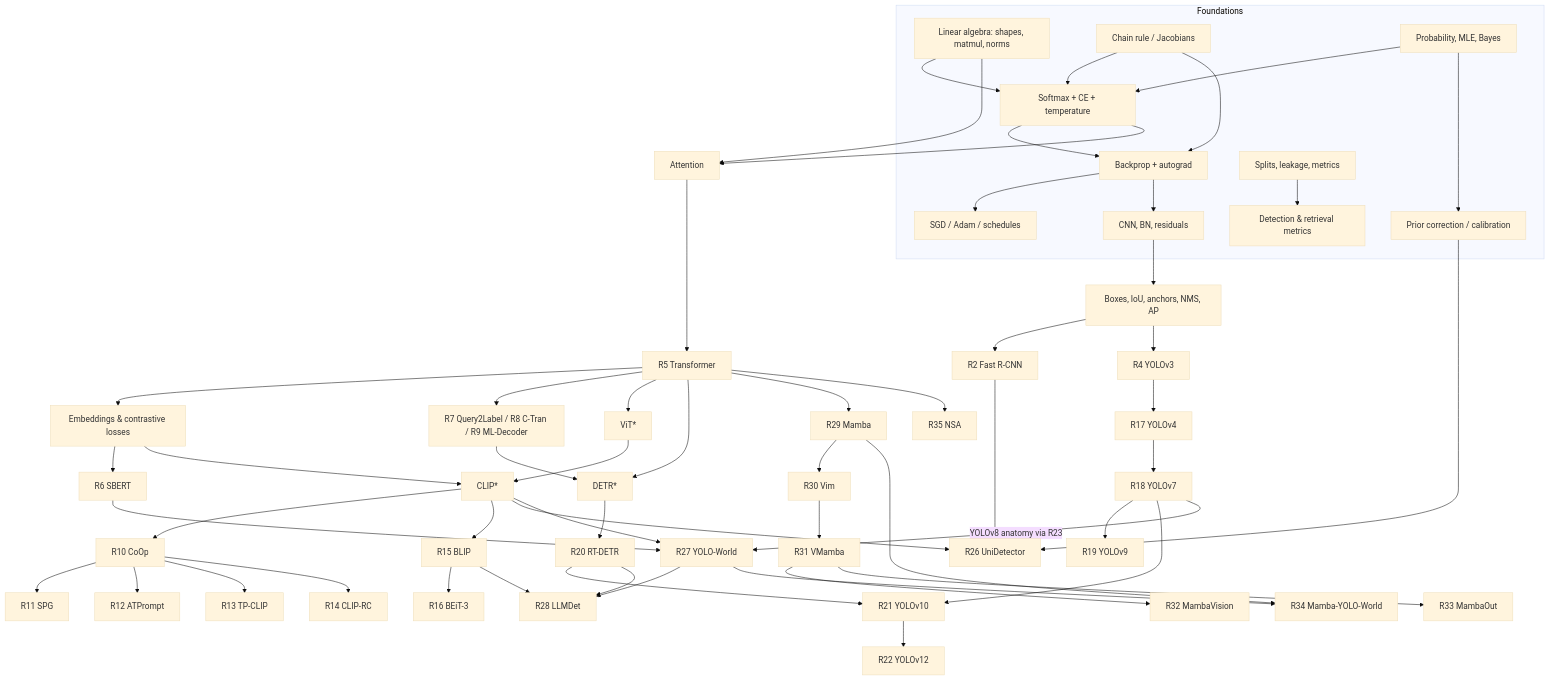
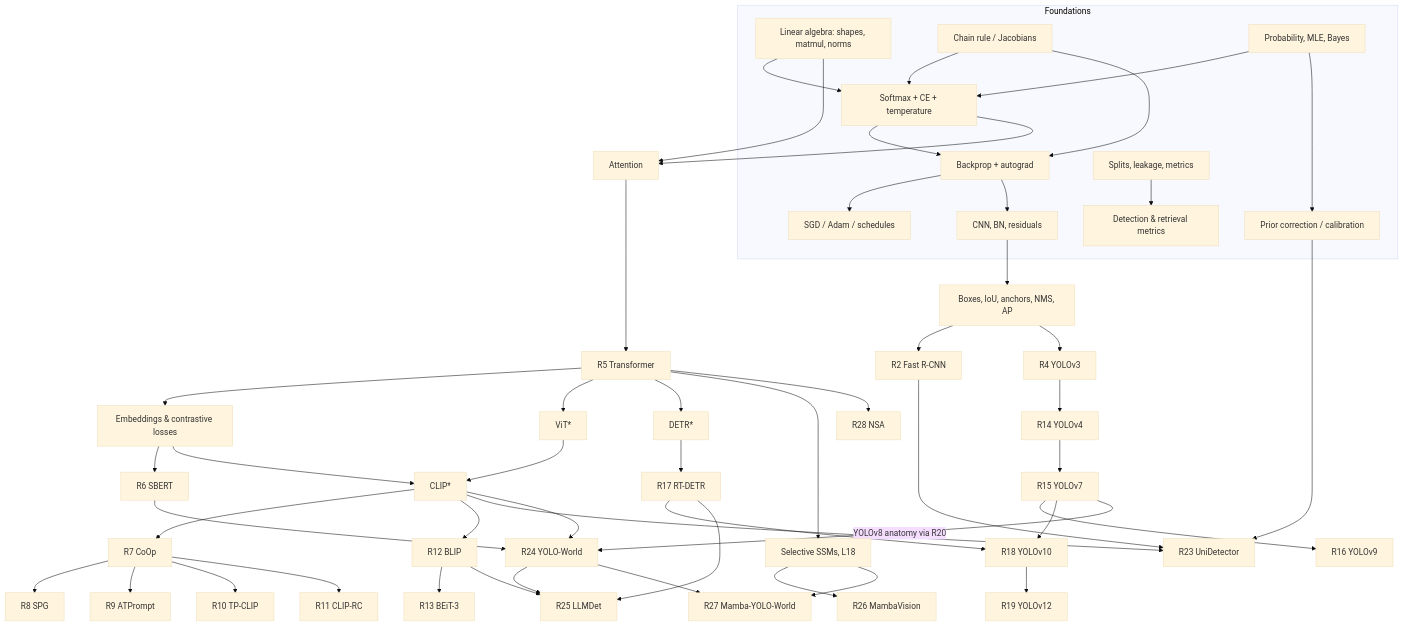
The diagram in 01_Learning_Roadmap.md (Vireakdara/ML-Foundation-Course), drawn with Mermaid (base theme) before and after one commit. The commit also changed other lines of this file and 10 other files, not shown here.

````diff
--- a/01_Learning_Roadmap.md
+++ b/01_Learning_Roadmap.md
@@ -55,53 +55,50 @@
 ```mermaid
 graph TD
   subgraph Foundations
     LA[Linear algebra: shapes, matmul, norms] --> SM[Softmax + CE + temperature]
     CR[Chain rule / Jacobians] --> SM
     CR --> BP[Backprop + autograd]
     SM --> BP
     BP --> OPT[SGD / Adam / schedules]
     PROB[Probability, MLE, Bayes] --> SM
     PROB --> CAL[Prior correction / calibration]
     ML[Splits, leakage, metrics] --> EVAL[Detection & retrieval metrics]
     BP --> CNN[CNN, BN, residuals]
   end
   CNN --> DET[Boxes, IoU, anchors, NMS, AP]
   DET --> FRCNN[R2 Fast R-CNN]
   DET --> Y3[R4 YOLOv3]
   SM --> ATT[Attention]
   LA --> ATT
   ATT --> TF[R5 Transformer]
   TF --> EMB[Embeddings & contrastive losses]
   EMB --> SBERT[R6 SBERT]
-  TF --> Q2L[R7 Query2Label / R8 C-Tran / R9 ML-Decoder]
   TF --> VIT[ViT*]
   EMB --> CLIP[CLIP*]
   VIT --> CLIP
-  CLIP --> COOP[R10 CoOp]
-  COOP --> SPG[R11 SPG]
-  COOP --> ATP[R12 ATPrompt]
-  COOP --> TPC[R13 TP-CLIP]
-  COOP --> CRC[R14 CLIP-RC]
-  CLIP --> BLIP[R15 BLIP] --> BEIT[R16 BEiT-3]
-  Y3 --> Y4[R17 YOLOv4] --> Y7[R18 YOLOv7] --> Y9[R19 YOLOv9]
+  CLIP --> COOP[R7 CoOp]
+  COOP --> SPG[R8 SPG]
+  COOP --> ATP[R9 ATPrompt]
+  COOP --> TPC[R10 TP-CLIP]
+  COOP --> CRC[R11 CLIP-RC]
+  CLIP --> BLIP[R12 BLIP] --> BEIT[R13 BEiT-3]
+  Y3 --> Y4[R14 YOLOv4] --> Y7[R15 YOLOv7] --> Y9[R16 YOLOv9]
   TF --> DETR[DETR*]
-  Q2L --> DETR
-  DETR --> RTD[R20 RT-DETR] --> Y10[R21 YOLOv10]
+  DETR --> RTD[R17 RT-DETR] --> Y10[R18 YOLOv10]
   Y7 --> Y10
-  Y10 --> Y12[R22 YOLOv12]
-  FRCNN --> UNI[R26 UniDetector]
+  Y10 --> Y12[R19 YOLOv12]
+  FRCNN --> UNI[R23 UniDetector]
   CLIP --> UNI
   CAL --> UNI
-  Y7 -->|YOLOv8 anatomy via R23| YW[R27 YOLO-World]
+  Y7 -->|YOLOv8 anatomy via R20| YW[R24 YOLO-World]
   CLIP --> YW
   SBERT --> YW
-  RTD --> LLMD[R28 LLMDet]
+  RTD --> LLMD[R25 LLMDet]
   YW --> LLMD
   BLIP --> LLMD
-  TF --> MAMBA[R29 Mamba]
-  MAMBA --> VIM[R30 Vim] --> VMB[R31 VMamba] --> MV[R32 MambaVision]
-  VMB --> MO[R33 MambaOut]
-  MAMBA --> MYW[R34 Mamba-YOLO-World]
+  TF --> SSM[Selective SSMs, L18]
+  SSM --> MV[R26 MambaVision]
+  SSM --> MYW[R27 Mamba-YOLO-World]
   YW --> MYW
-  TF --> NSA[R35 NSA]
+  TF --> NSA[R28 NSA]
 ```
````
